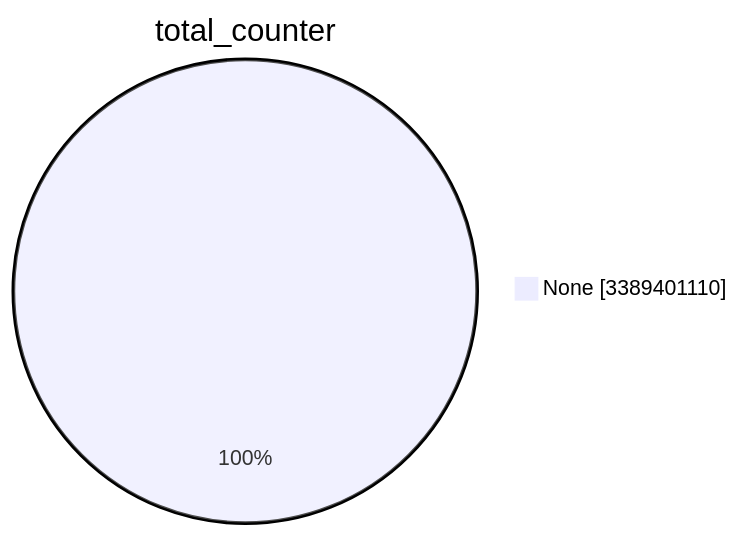
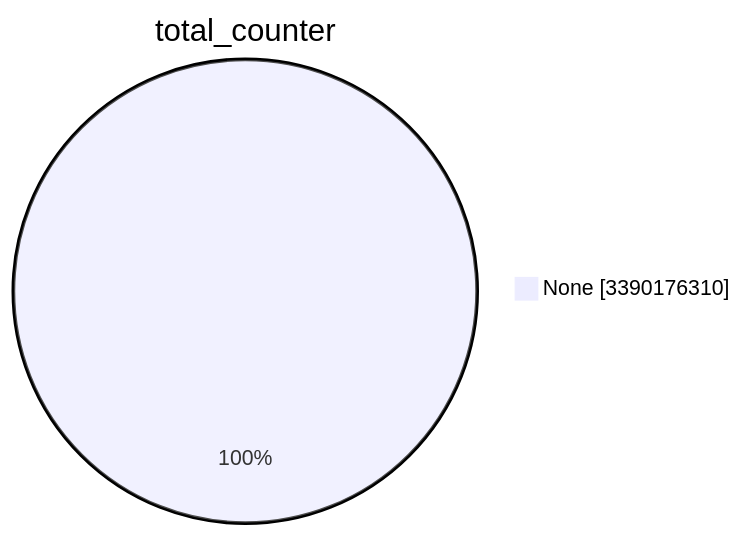
One commit to christiankrug/ctmonitor_visualization changed the first of 15 diagrams in TOTAL/README.md. Above: the diagram before and after it, drawn with Mermaid. The commit also changed other lines of this file, not shown here.

````diff
--- a/TOTAL/README.md
+++ b/TOTAL/README.md
@@ -1,5 +1,5 @@
 ```mermaid
 pie showData
 title total_counter
-"None" :3389401110
+"None" :3390176310
 ```
````
